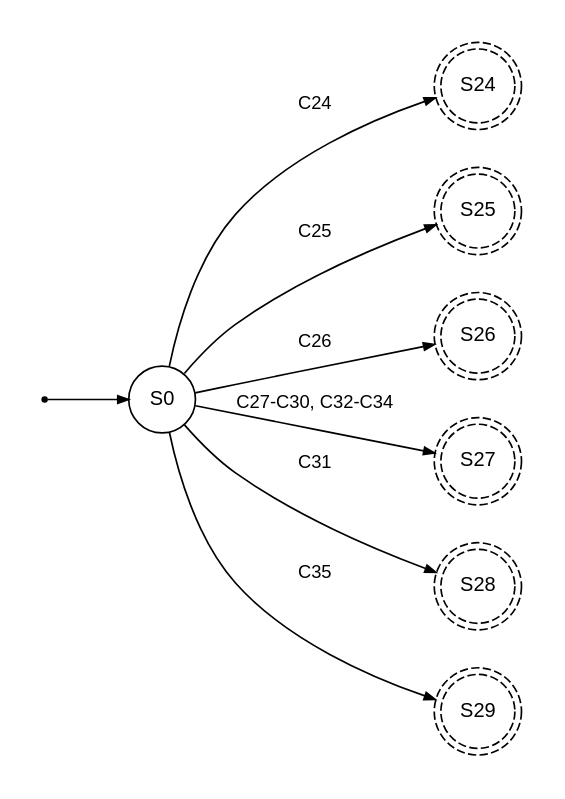
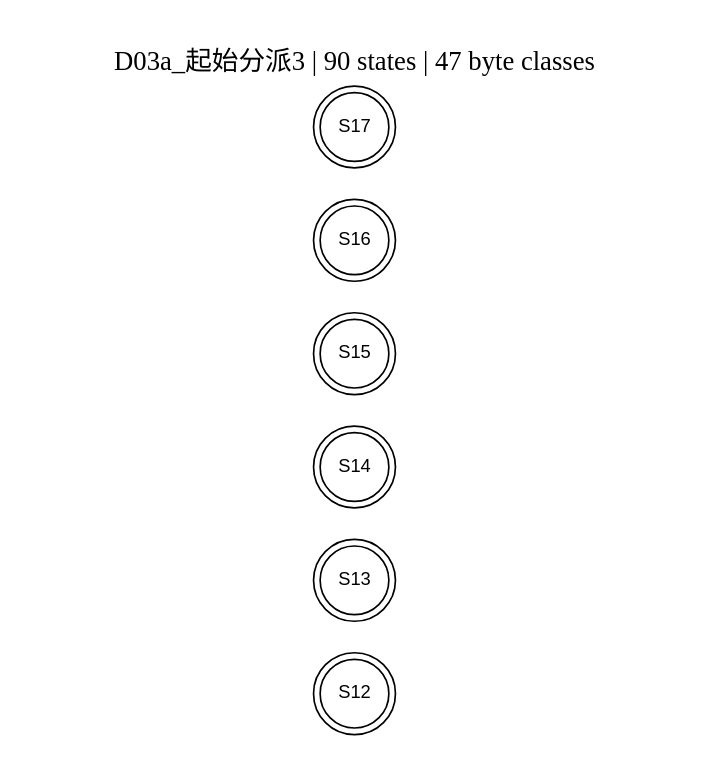
Before and after one commit to EternalLonging/AAACompilerDevelopment: the diagram in 实验设计/LL1与图示/矢量图/D03a_起始分派3.dot, drawn with Graphviz. The commit also changed 86 other files, not shown here.

```diff
--- a/实验设计/LL1与图示/矢量图/D03a_起始分派3.dot
+++ b/实验设计/LL1与图示/矢量图/D03a_起始分派3.dot
@@ -1,15 +1,13 @@
-digraph G { graph [rankdir=LR, bgcolor="white", nodesep=0.3, ranksep=0.65, pad=0.25]; node [fontname="Arial", fontsize=12, shape=circle, width=0.55]; edge [fontname="Arial", fontsize=11, arrowsize=0.65];n0 [label="S0",shape=circle,style=solid];
-n24 [label="S24",shape=doublecircle,style=dashed];
-n25 [label="S25",shape=doublecircle,style=dashed];
-n26 [label="S26",shape=doublecircle,style=dashed];
-n27 [label="S27",shape=doublecircle,style=dashed];
-n28 [label="S28",shape=doublecircle,style=dashed];
-n29 [label="S29",shape=doublecircle,style=dashed];
-start [shape=point,width=0.04]; start -> n0;
-n0 -> n24 [label="C24"];
-n0 -> n25 [label="C25"];
-n0 -> n26 [label="C26"];
-n0 -> n27 [label="C27-C30, C32-C34"];
-n0 -> n28 [label="C31"];
-n0 -> n29 [label="C35"];
+digraph G {
+  graph [rankdir=LR, bgcolor="white", nodesep=0.25, ranksep=0.55, pad=0.25];
+  node [fontname="Arial", fontsize=11, shape=circle, width=0.55];
+  edge [fontname="Arial", fontsize=9, arrowsize=0.6];
+  label="D03a_起始分派3 | 90 states | 47 byte classes";
+  labelloc="t"; fontsize=16;
+  n12 [label="S12", shape=doublecircle];
+  n13 [label="S13", shape=doublecircle];
+  n14 [label="S14", shape=doublecircle];
+  n15 [label="S15", shape=doublecircle];
+  n16 [label="S16", shape=doublecircle];
+  n17 [label="S17", shape=doublecircle];
 }
```
